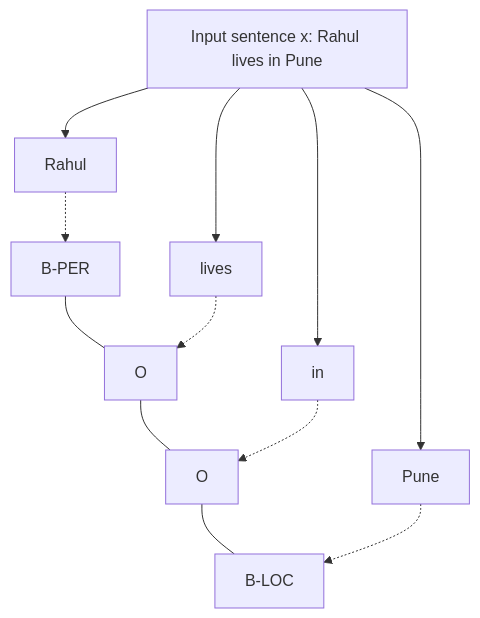
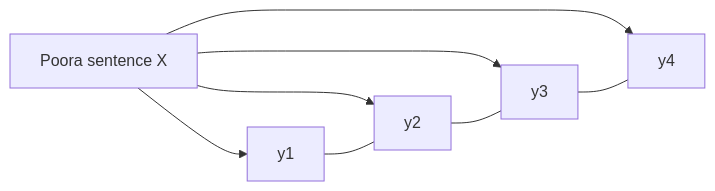
Before and after one commit to TrendySloth1001/sem-seven-notes: the diagram in content/natural-language-processing/pyq/2023-12-ce/q6b.hi.mdx, drawn with Mermaid. The commit also changed other lines of this file and 406 other files, not shown here.

````diff
--- a/content/natural-language-processing/pyq/2023-12-ce/q6b.hi.mdx
+++ b/content/natural-language-processing/pyq/2023-12-ce/q6b.hi.mdx
@@ -24,14 +19,11 @@
 ```mermaid
-%% caption: Linear-chain CRF mein har label apne padosi labels pe depend karta hai aur poora input sentence dekh sakta hai.
-flowchart TD
-  X["Input sentence x: Rahul lives in Pune"]
-  X --> W1["Rahul"]
-  X --> W2["lives"]
-  X --> W3["in"]
-  X --> W4["Pune"]
-  Y1["B-PER"] --- Y2["O"] --- Y3["O"] --- Y4["B-LOC"]
-  W1 -.-> Y1
-  W2 -.-> Y2
-  W3 -.-> Y3
-  W4 -.-> Y4
+%% caption: Linear-chain CRF. Har label apne padosi labels par depend karta hai aur poore input sentence X ko dekh sakta hai.
+flowchart LR
+  X["Poora sentence X"] --> Y1["y1"]
+  X --> Y2["y2"]
+  X --> Y3["y3"]
+  X --> Y4["y4"]
+  Y1 --- Y2
+  Y2 --- Y3
+  Y3 --- Y4
 ```
````
